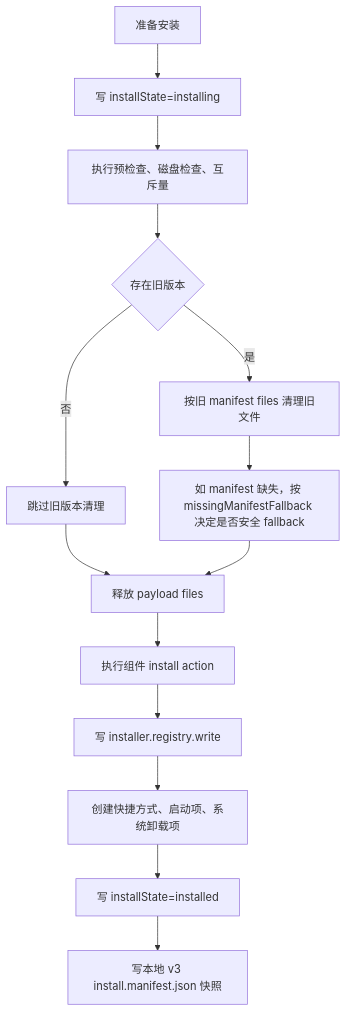
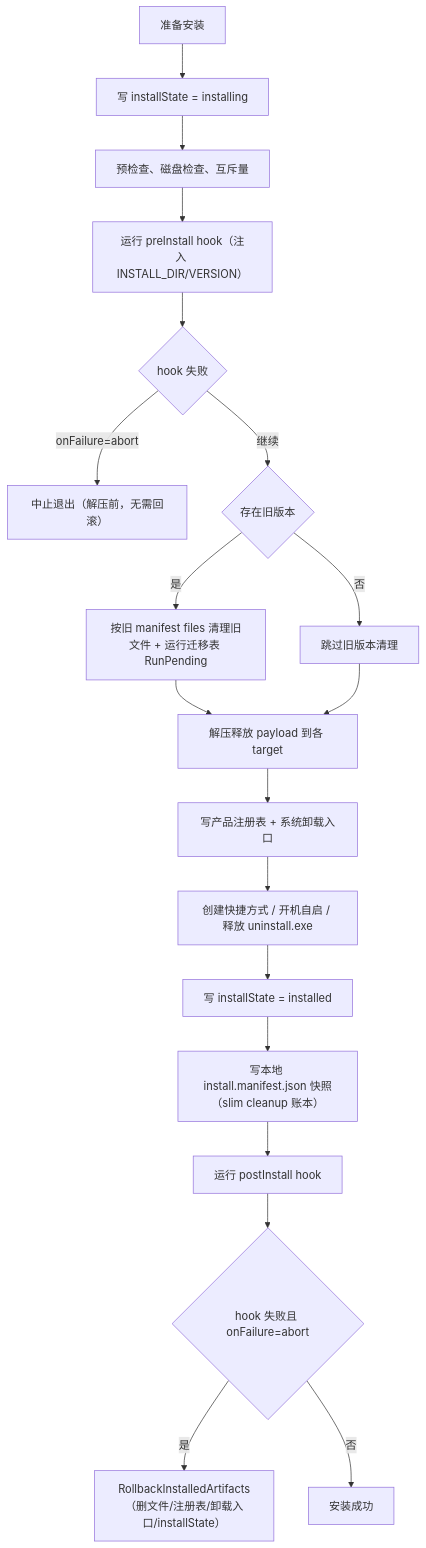
The fourth of 8 diagrams in docs/安装器流程图.md (lu020218/Multi-Threaded_Installer), drawn with Mermaid before and after one commit. The commit also changed other lines of this file and 78 other files, not shown here.

````diff
--- a/docs/安装器流程图.md
+++ b/docs/安装器流程图.md
@@ -37,16 +51,21 @@
 ```mermaid
 flowchart TD
-    A["准备安装"] --> B["写 installState=installing"]
-    B --> C["执行预检查、磁盘检查、互斥量"]
-    C --> D{"存在旧版本"}
-    D -->|是| E["按旧 manifest files 清理旧文件"]
-    D -->|否| F["跳过旧版本清理"]
-    E --> G["如 manifest 缺失，按 missingManifestFallback 决定是否安全 fallback"]
-    F --> H["释放 payload files"]
+    A["准备安装"] --> B["写 installState = installing"]
+    B --> C["预检查、磁盘检查、互斥量"]
+    C --> D["运行 preInstall hook（注入 INSTALL_DIR/VERSION）"]
+    D --> D2{"hook 失败"}
+    D2 -->|onFailure=abort| D3["中止退出（解压前，无需回滚）"]
+    D2 -->|继续| E{"存在旧版本"}
+    E -->|是| F["按旧 manifest files 清理旧文件 + 运行迁移表 RunPending"]
+    E -->|否| G["跳过旧版本清理"]
+    F --> H["解压释放 payload 到各 target"]
     G --> H
-    H --> I["执行组件 install action"]
-    I --> J["写 installer.registry.write"]
-    J --> K["创建快捷方式、启动项、系统卸载项"]
-    K --> L["写 installState=installed"]
-    L --> M["写本地 v3 install.manifest.json 快照"]
+    H --> I["写产品注册表 + 系统卸载入口"]
+    I --> J["创建快捷方式 / 开机自启 / 释放 uninstall.exe"]
+    J --> K["写 installState = installed"]
+    K --> L["写本地 install.manifest.json 快照（slim cleanup 账本）"]
+    L --> M["运行 postInstall hook"]
+    M --> M2{"hook 失败且 onFailure=abort"}
+    M2 -->|是| M3["RollbackInstalledArtifacts（删文件/注册表/卸载入口/installState）"]
+    M2 -->|否| N["安装成功"]
 ```
````
